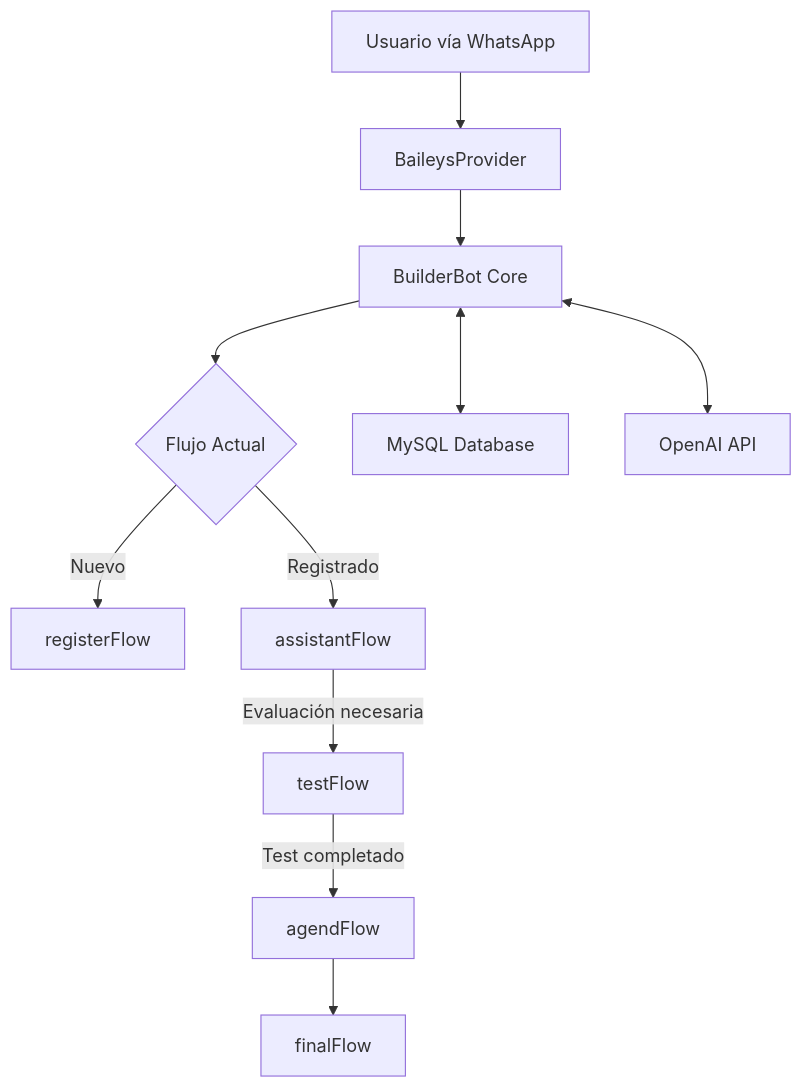
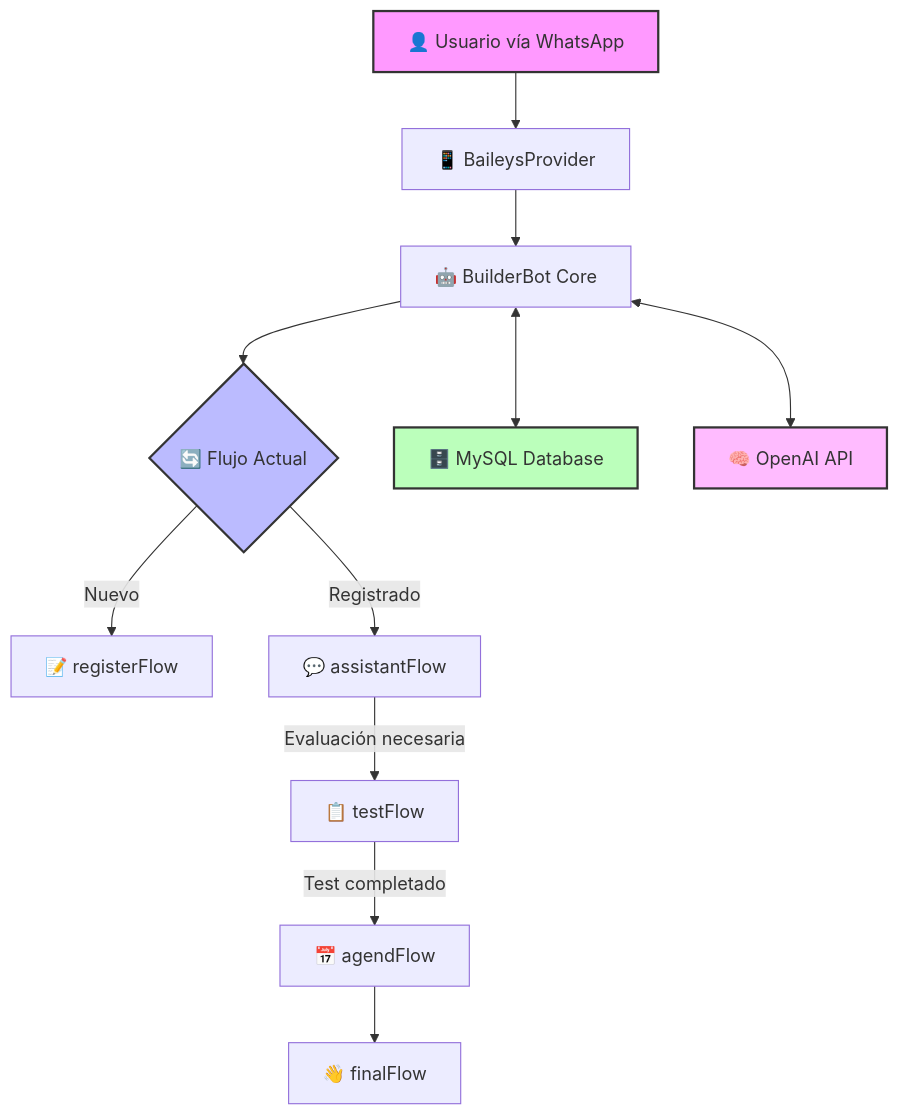
Before and after one commit to nico4348/BotPsicologia: the diagram in README.md, drawn with Mermaid. The commit also changed other lines of this file, not shown here.

````diff
--- a/README.md
+++ b/README.md
@@ -53,13 +132,18 @@
 ```mermaid
 graph TD
-    A[Usuario vía WhatsApp] --> B[BaileysProvider]
-    B --> C[BuilderBot Core]
-    C --> D{Flujo Actual}
-    D -->|Nuevo| E[registerFlow]
-    D -->|Registrado| F[assistantFlow]
-    F -->|Evaluación necesaria| G[testFlow]
-    G -->|Test completado| H[agendFlow]
-    H --> I[finalFlow]
-    C <--> J[MySQL Database]
-    C <--> K[OpenAI API]
+    A[👤 Usuario vía WhatsApp] --> B[📱 BaileysProvider]
+    B --> C[🤖 BuilderBot Core]
+    C --> D{🔄 Flujo Actual}
+    D -->|Nuevo| E[📝 registerFlow]
+    D -->|Registrado| F[💬 assistantFlow]
+    F -->|Evaluación necesaria| G[📋 testFlow]
+    G -->|Test completado| H[📅 agendFlow]
+    H --> I[👋 finalFlow]
+    C <--> J[🗄️ MySQL Database]
+    C <--> K[🧠 OpenAI API]
+
+    style A fill:#f9f,stroke:#333,stroke-width:2px
+    style D fill:#bbf,stroke:#333,stroke-width:2px
+    style J fill:#bfb,stroke:#333,stroke-width:2px
+    style K fill:#fbf,stroke:#333,stroke-width:2px
 ```
````
